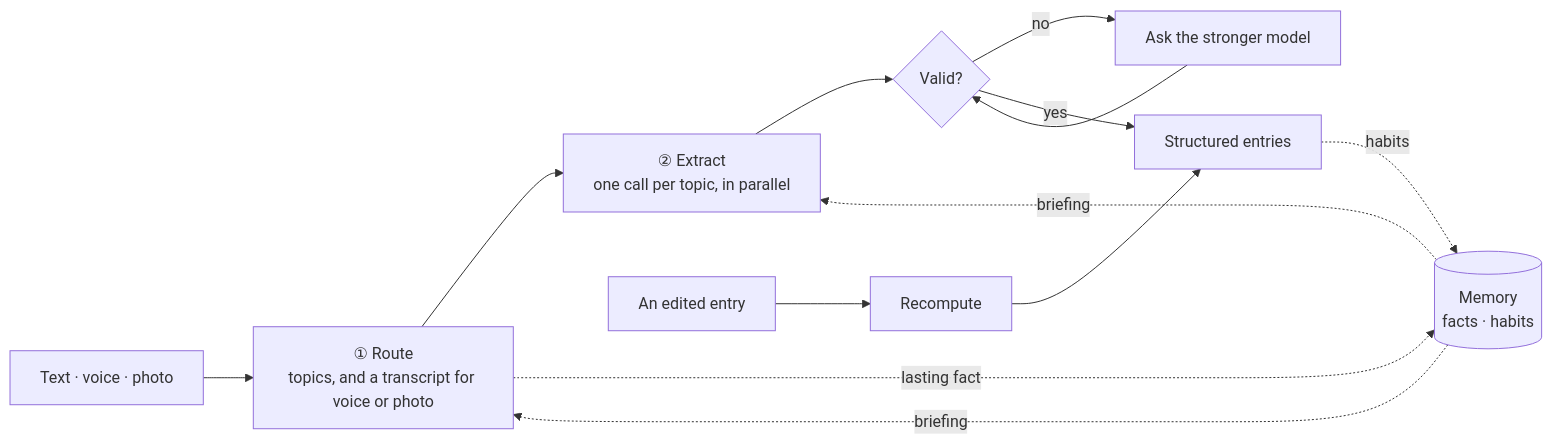
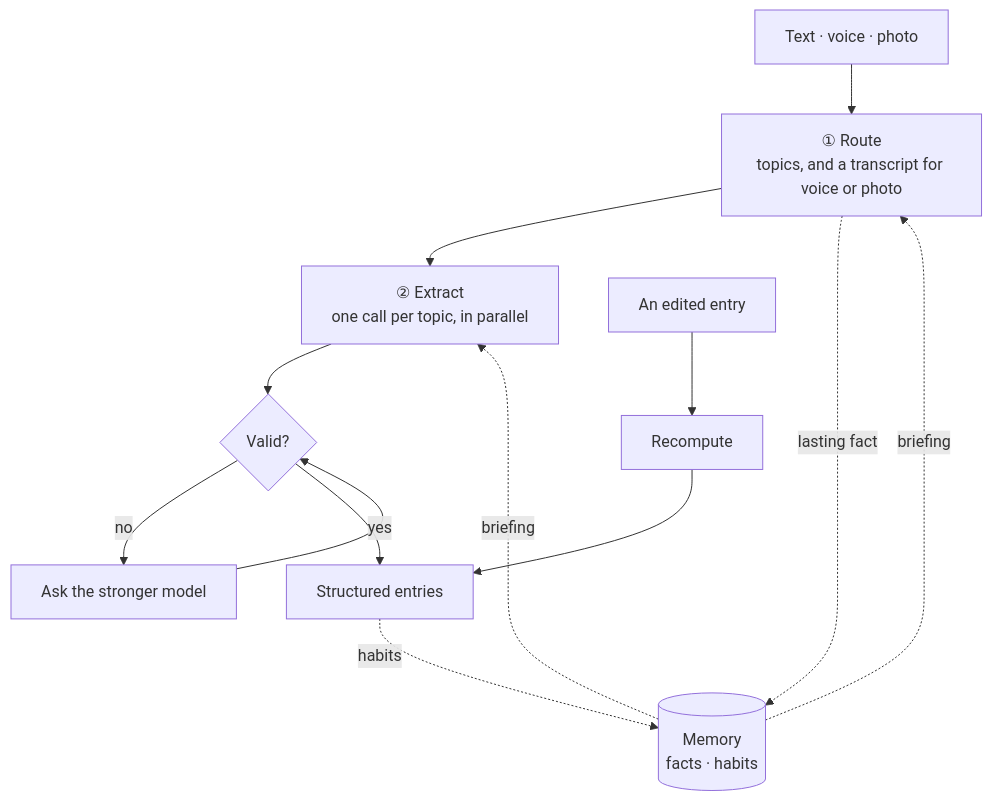
Before and after one commit to brmel/farkad-ai: the diagram in README.md, drawn with Mermaid.

Commit message:
docs(readme): draw the pipeline top to bottom so it reads at page width

````diff
--- a/README.md
+++ b/README.md
@@ -21,13 +21,13 @@
 ```mermaid
-flowchart LR
+flowchart TD
     input["Text · voice · photo"] --> route["① Route<br/>topics, and a transcript for voice or photo"]
+    memory[("Memory<br/>facts · habits")] -. briefing .-> route
     route --> extract["② Extract<br/>one call per topic, in parallel"]
+    memory -. briefing .-> extract
     extract --> valid{"Valid?"}
     valid -- no --> stronger["Ask the stronger model"] --> valid
     valid -- yes --> entries["Structured entries"]
-    memory[("Memory<br/>facts · habits")] -. briefing .-> route
-    memory -. briefing .-> extract
+    edit["An edited entry"] --> recompute["Recompute"] --> entries
     route -. lasting fact .-> memory
     entries -. habits .-> memory
-    edit["An edited entry"] --> recompute["Recompute"] --> entries
 ```
````
